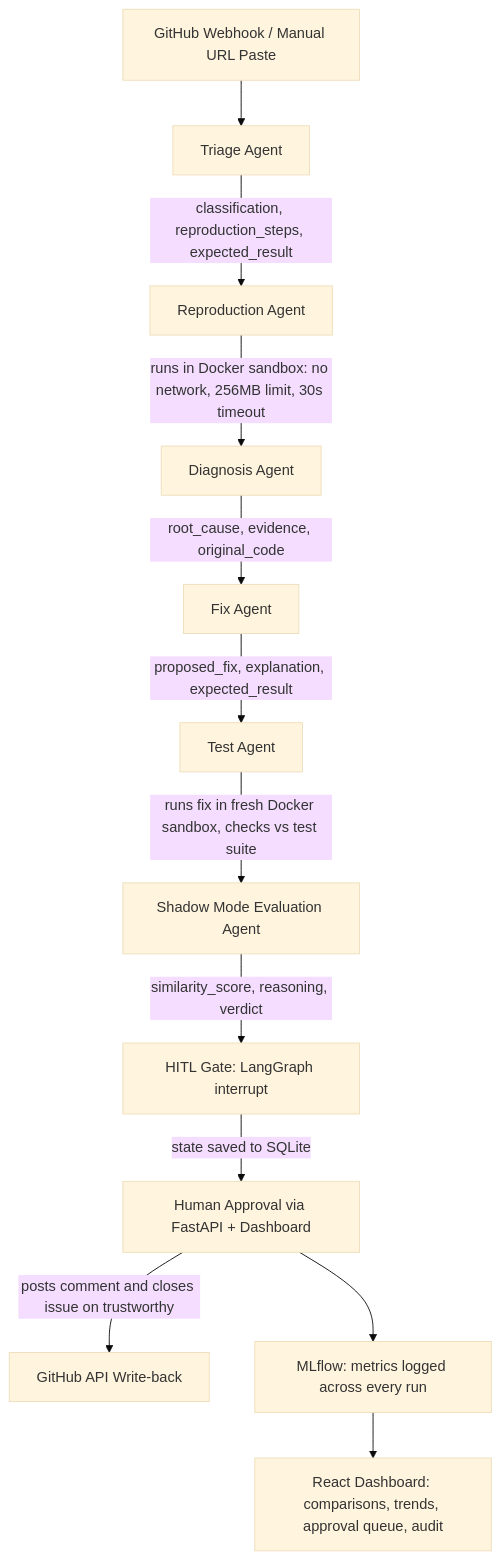
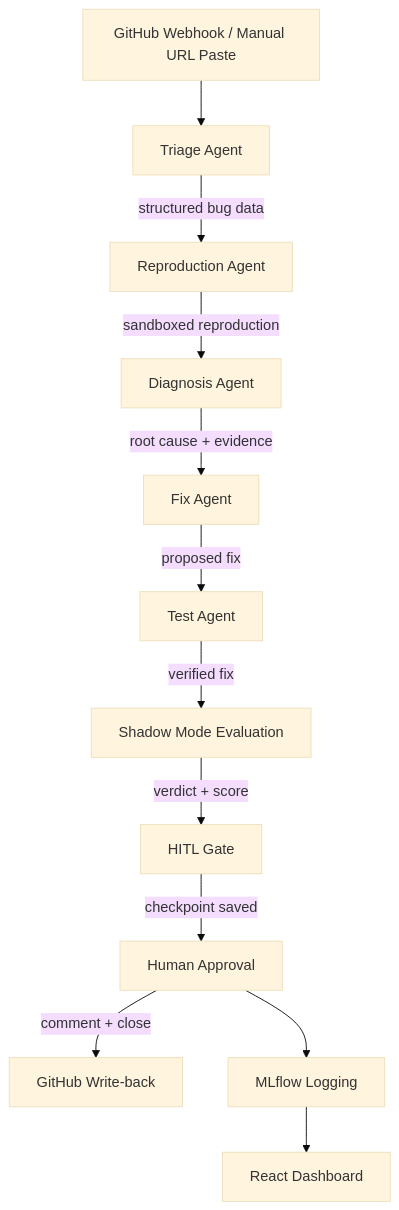
The diagram in README.md (YashPardeshix/huginn), drawn with Mermaid (base theme) before and after one commit.

Commit message:
Fix Mermaid diagram rendering error by shortening edge labels

````diff
--- a/README.md
+++ b/README.md
@@ -15,14 +15,14 @@
 ```mermaid
 graph TD
     A[GitHub Webhook / Manual URL Paste] --> B[Triage Agent]
-    B -->|classification, reproduction_steps, expected_result| C[Reproduction Agent]
-    C -->|runs in Docker sandbox: no network, 256MB limit, 30s timeout| D[Diagnosis Agent]
-    D -->|root_cause, evidence, original_code| E[Fix Agent]
-    E -->|proposed_fix, explanation, expected_result| F[Test Agent]
-    F -->|runs fix in fresh Docker sandbox, checks vs test suite| G[Shadow Mode Evaluation Agent]
-    G -->|similarity_score, reasoning, verdict| H[HITL Gate: LangGraph interrupt]
-    H -->|state saved to SQLite| I[Human Approval via FastAPI + Dashboard]
-    I -->|posts comment and closes issue on trustworthy| J[GitHub API Write-back]
-    I --> K[MLflow: metrics logged across every run]
-    K --> L[React Dashboard: comparisons, trends, approval queue, audit]
+    B -->|structured bug data| C[Reproduction Agent]
+    C -->|sandboxed reproduction| D[Diagnosis Agent]
+    D -->|root cause + evidence| E[Fix Agent]
+    E -->|proposed fix| F[Test Agent]
+    F -->|verified fix| G[Shadow Mode Evaluation]
+    G -->|verdict + score| H[HITL Gate]
+    H -->|checkpoint saved| I[Human Approval]
+    I -->|comment + close| J[GitHub Write-back]
+    I --> K[MLflow Logging]
+    K --> L[React Dashboard]
 ```
````
